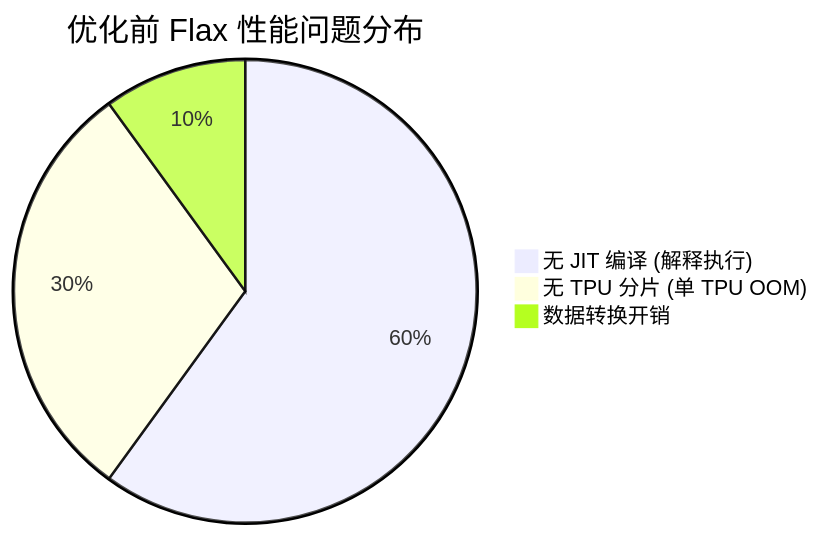
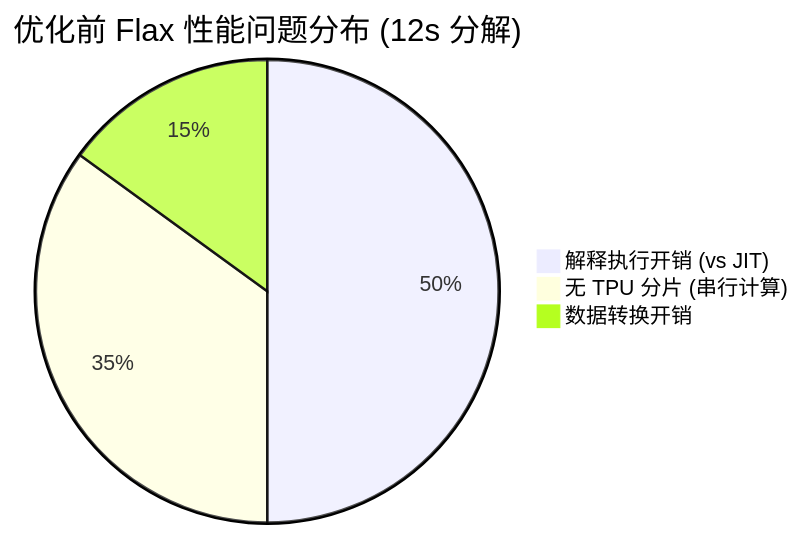
Diagram 11 of 16 in tpu/CogVideoX/generate_diffusers_torchax_staged/TORCHAX_VS_FLAX_VAE_OPTIMIZATION.md (yangwhale/gpu-tpu-pedia), drawn with Mermaid before and after one commit. The commit also changed other lines of this file, not shown here.

Commit message:
docs: 更正 Flax 优化前时间 (~500s → ~12s，不含编译时间)

````diff
--- a/tpu/CogVideoX/generate_diffusers_torchax_staged/TORCHAX_VS_FLAX_VAE_OPTIMIZATION.md
+++ b/tpu/CogVideoX/generate_diffusers_torchax_staged/TORCHAX_VS_FLAX_VAE_OPTIMIZATION.md
@@ -726,6 +729,6 @@
 ```mermaid
-pie title 优化前 Flax 性能问题分布
-    "无 JIT 编译 (解释执行)" : 60
-    "无 TPU 分片 (单 TPU OOM)" : 30
-    "数据转换开销" : 10
+pie title 优化前 Flax 性能问题分布 (12s 分解)
+    "解释执行开销 (vs JIT)" : 50
+    "无 TPU 分片 (串行计算)" : 35
+    "数据转换开销" : 15
 ```
````
